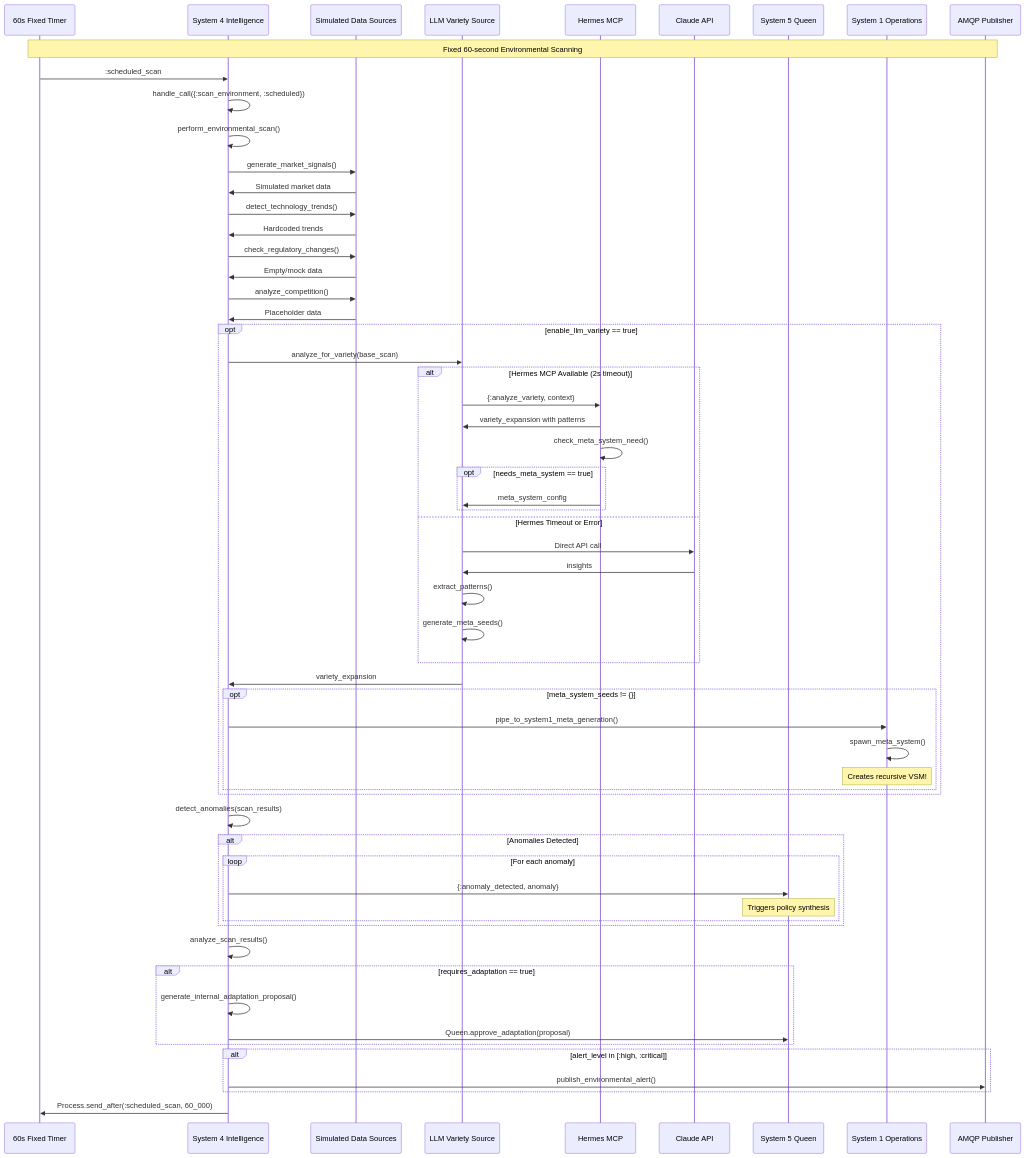
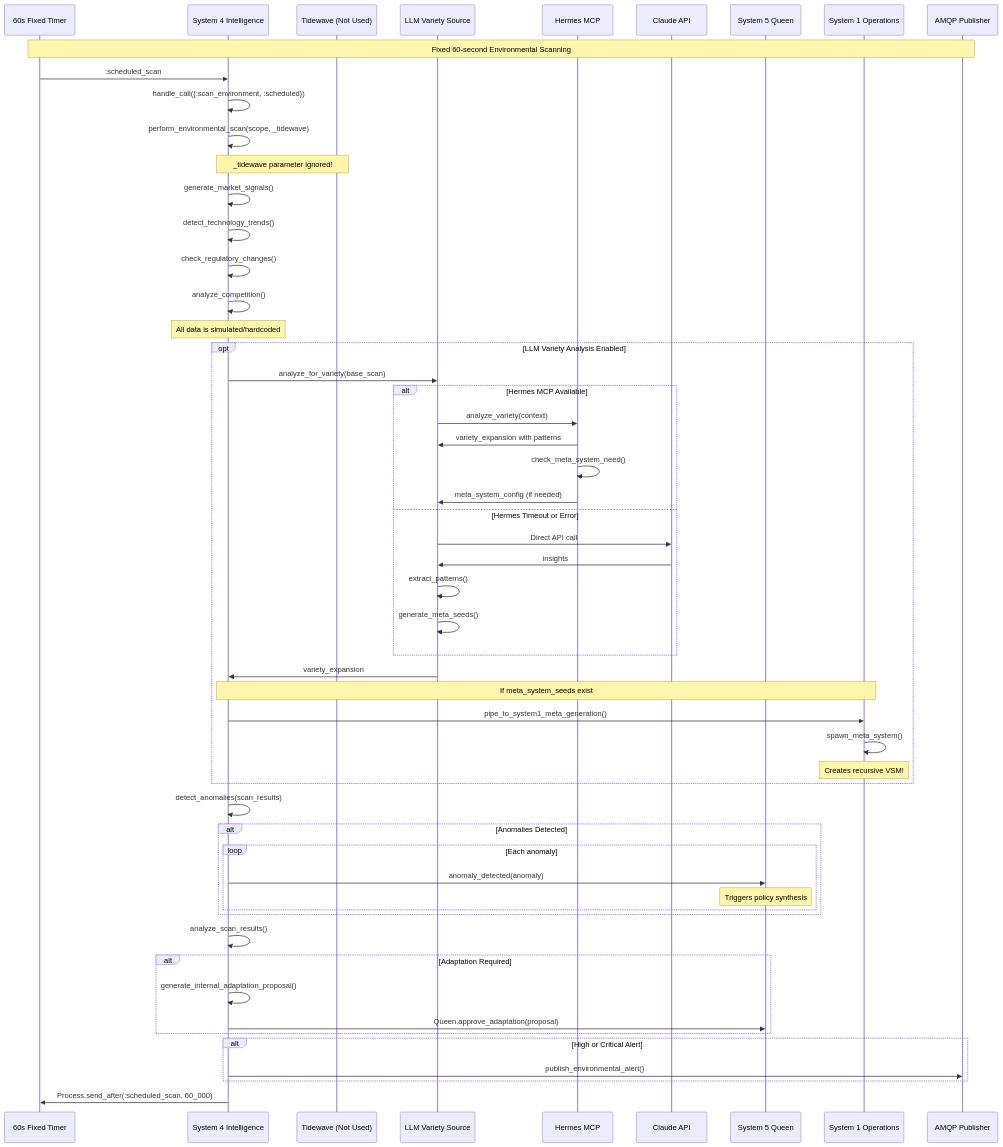
Before and after one commit to jmanhype/vsm-phoenix-app: the first of 3 diagrams in docs/diagrams/10_environmental_scanning.md, drawn with Mermaid. The commit also changed 1 other file, not shown here.

Commit message:
Fix Mermaid syntax errors in environmental scanning diagram
- Remove MockData as fake participant, show internal S4 functions
- Fix nested opt blocks that break Mermaid rendering
- Simplify condition syntax (remove ==, {}, [])
- Clean up message labels to avoid special characters
- Show Tidewave as unused participant with ignored parameter
- Correct flow to show all data generation is internal to S4

```diff
--- a/docs/diagrams/10_environmental_scanning.md
+++ b/docs/diagrams/10_environmental_scanning.md
@@ -7,7 +7,7 @@
 sequenceDiagram
     participant Timer as 60s Fixed Timer
     participant S4 as System 4 Intelligence
-    participant MockData as Simulated Data Sources
+    participant Tidewave as Tidewave (Not Used)
     participant LLM as LLM Variety Source
     participant Hermes as Hermes MCP
     participant Claude as Claude API
@@ -21,29 +21,25 @@
     Timer->>S4: :scheduled_scan
     S4->>S4: handle_call({:scan_environment, :scheduled})
     
-    %% Environmental Scan (Simulated Data)
-    S4->>S4: perform_environmental_scan()
-    S4->>MockData: generate_market_signals()
-    MockData->>S4: Simulated market data
-    S4->>MockData: detect_technology_trends()
-    MockData->>S4: Hardcoded trends
-    S4->>MockData: check_regulatory_changes()
-    MockData->>S4: Empty/mock data
-    S4->>MockData: analyze_competition()
-    MockData->>S4: Placeholder data
+    %% Environmental Scan (All Simulated Internally)
+    S4->>S4: perform_environmental_scan(scope, _tidewave)
+    Note over S4,Tidewave: _tidewave parameter ignored!
+    
+    S4->>S4: generate_market_signals()
+    S4->>S4: detect_technology_trends()
+    S4->>S4: check_regulatory_changes()
+    S4->>S4: analyze_competition()
+    Note over S4: All data is simulated/hardcoded
     
     %% Optional LLM Variety Analysis
-    opt enable_llm_variety == true
+    opt LLM Variety Analysis Enabled
         S4->>LLM: analyze_for_variety(base_scan)
         
-        alt Hermes MCP Available (2s timeout)
-            LLM->>Hermes: {:analyze_variety, context}
+        alt Hermes MCP Available
+            LLM->>Hermes: analyze_variety(context)
             Hermes->>LLM: variety_expansion with patterns
             Hermes->>Hermes: check_meta_system_need()
-            
-            opt needs_meta_system == true
-                Hermes->>LLM: meta_system_config
-            end
+            Hermes->>LLM: meta_system_config (if needed)
         else Hermes Timeout or Error
             LLM->>Claude: Direct API call
             Claude->>LLM: insights
@@ -53,19 +49,18 @@
         
         LLM->>S4: variety_expansion
         
-        opt meta_system_seeds != {}
-            S4->>S1: pipe_to_system1_meta_generation()
-            S1->>S1: spawn_meta_system()
-            Note over S1: Creates recursive VSM!
-        end
+        Note over S4,S1: If meta_system_seeds exist
+        S4->>S1: pipe_to_system1_meta_generation()
+        S1->>S1: spawn_meta_system()
+        Note over S1: Creates recursive VSM!
     end
     
     %% Anomaly Detection
     S4->>S4: detect_anomalies(scan_results)
     
     alt Anomalies Detected
-        loop For each anomaly
-            S4->>S5: {:anomaly_detected, anomaly}
+        loop Each anomaly
+            S4->>S5: anomaly_detected(anomaly)
             Note over S5: Triggers policy synthesis
         end
     end
@@ -73,13 +68,13 @@
     %% Adaptation Check
     S4->>S4: analyze_scan_results()
     
-    alt requires_adaptation == true
+    alt Adaptation Required
         S4->>S4: generate_internal_adaptation_proposal()
         S4->>S5: Queen.approve_adaptation(proposal)
     end
     
     %% Alert Publishing
-    alt alert_level in [:high, :critical]
+    alt High or Critical Alert
         S4->>AMQP: publish_environmental_alert()
     end
     
```
